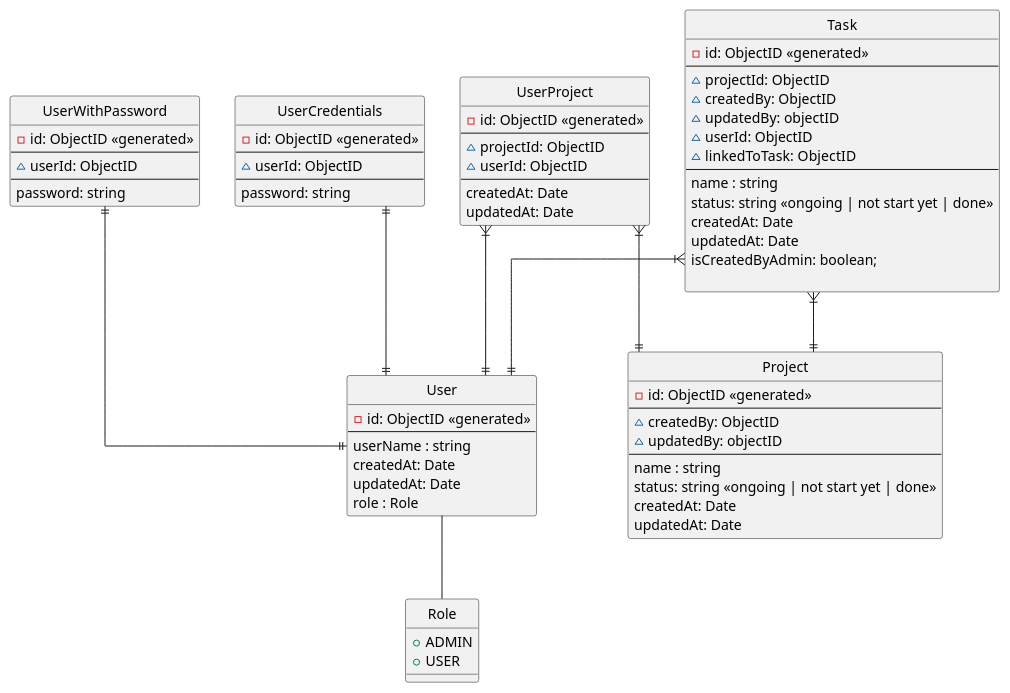
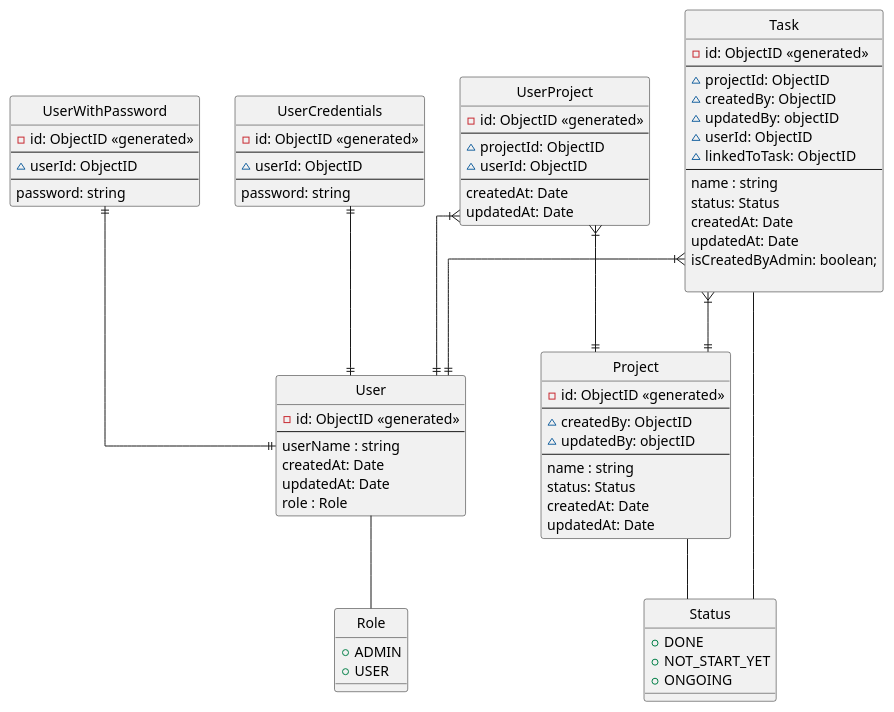
Before and after one commit to Nghia4/todoexample-lb4: the diagram in ERD.wsd, drawn with PlantUML. The commit also changed 13 other files, not shown here.

Commit message:
update ERD, add cronjobs

```diff
--- a/ERD.wsd
+++ b/ERD.wsd
@@ -1,90 +1,99 @@
 @startuml Todo
 ' hide the spot
 hide circle
 
 ' avoid problems with angled crows feet
 skinparam linetype ortho
 
 entity "User" as user {
     -id: ObjectID <<generated>>
     --
     userName : string
     createdAt: Date
     updatedAt: Date
     role : Role
 }
 
 
 entity "Project" as project {
     -id: ObjectID <<generated>>
     --
     ~ createdBy: ObjectID
     ~ updatedBy: objectID
     --
     name : string
-    status: string <<ongoing | not start yet | done>>
+    status: Status
     createdAt: Date
     updatedAt: Date
 }
 
 
 entity "UserProject" as userproject {
     -id: ObjectID <<generated>>
     --
     ~ projectId: ObjectID
     ~ userId: ObjectID
     --
     createdAt: Date
     updatedAt: Date
 }
 
 entity "UserWithPassword" as userwithpassword {
     -id: ObjectID <<generated>>
     --
     ~ userId: ObjectID
     --
     password: string
 }
 
 entity "UserCredentials" as usercredentials {
     -id: ObjectID <<generated>>
     --
     ~ userId: ObjectID
     --
     password: string
 }
 
 entity "Task" as task {
     -id: ObjectID <<generated>>
     --
     ~ projectId: ObjectID
     ~ createdBy: ObjectID
     ~ updatedBy: objectID
     ~ userId: ObjectID
     ~ linkedToTask: ObjectID
     --
     name : string
-    status: string <<ongoing | not start yet | done>>
+    status: Status
     createdAt: Date
     updatedAt: Date
     isCreatedByAdmin: boolean;
 
 }
+
+enum Status {
+    + DONE
+    + NOT_START_YET
+    + ONGOING
+}
+
 
 enum Role {
     + ADMIN
     + USER
 }
 
 userproject }|--|| user
 userproject }|--|| project
 
 task }|--|| project
 task }|--|| user
 
 user -- Role
+task -- Status
+project -- Status
 
 usercredentials ||--|| user
 userwithpassword ||--|| user
 
 @enduml
```
